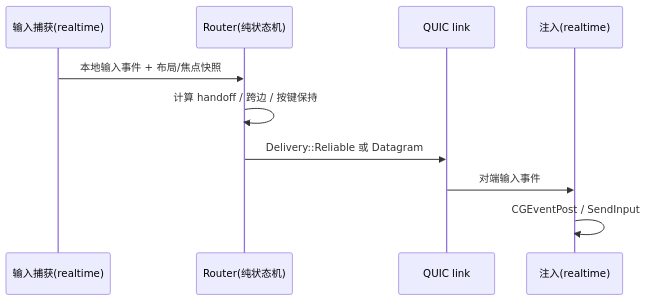
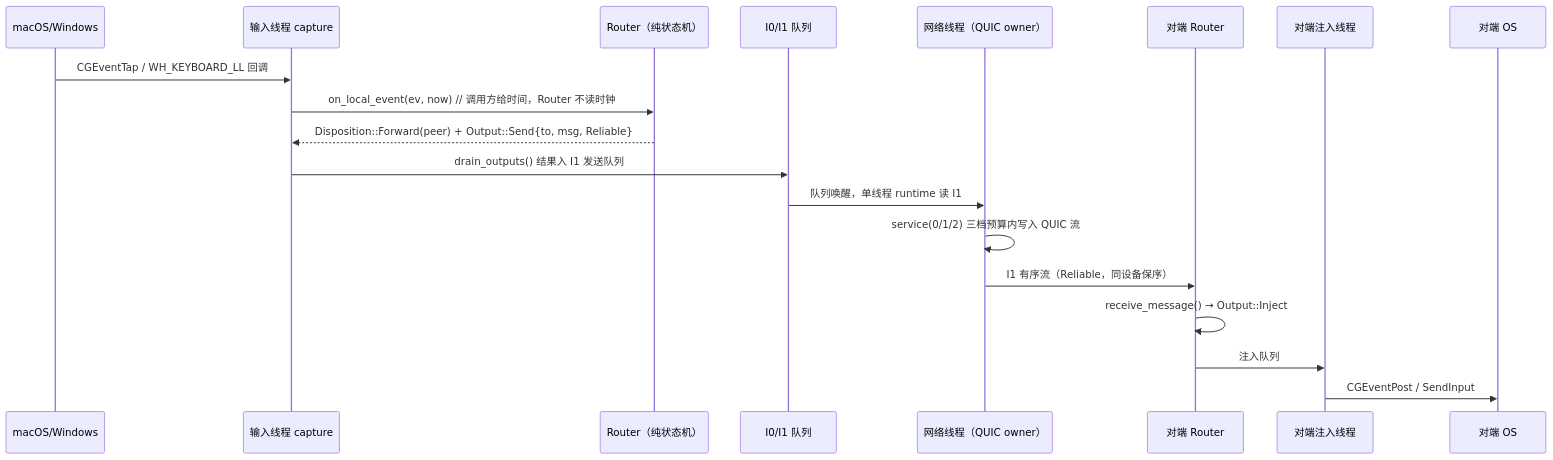
One commit to FlyForkFork/ForkYou changed the diagram in 01-systems/oink/02-architecture.md. Above: the diagram before and after it, drawn with Mermaid. The commit also changed other lines of this file and 16 other files, not shown here.

````diff
--- a/01-systems/oink/02-architecture.md
+++ b/01-systems/oink/02-architecture.md
@@ -75,12 +55,22 @@
 ```mermaid
 sequenceDiagram
-  participant Cap as 输入捕获(realtime)
-  participant R as Router(纯状态机)
-  participant N as QUIC link
-  participant Inj as 注入(realtime)
-  Cap->>R: 本地输入事件 + 布局/焦点快照
-  R->>R: 计算 handoff / 跨边 / 按键保持
-  R->>N: Delivery::Reliable 或 Datagram
-  N->>Inj: 对端输入事件
-  Inj->>Inj: CGEventPost / SendInput
+    participant OS as macOS/Windows
+    participant Cap as 输入线程 capture
+    participant R as Router（纯状态机）
+    participant Q as I0/I1 队列
+    participant Net as 网络线程（QUIC owner）
+    participant PeerR as 对端 Router
+    participant Inj as 对端注入线程
+    participant PeerOS as 对端 OS
+
+    OS->>Cap: CGEventTap / WH_KEYBOARD_LL 回调
+    Cap->>R: on_local_event(ev, now)  // 调用方给时间，Router 不读时钟
+    R-->>Cap: Disposition::Forward(peer) + Output::Send{to, msg, Reliable}
+    Cap->>Q: drain_outputs() 结果入 I1 发送队列
+    Q->>Net: 队列唤醒，单线程 runtime 读 I1
+    Net->>Net: service(0/1/2) 三档预算内写入 QUIC 流
+    Net->>PeerR: I1 有序流（Reliable，同设备保序）
+    PeerR->>PeerR: receive_message() → Output::Inject
+    PeerR->>Inj: 注入队列
+    Inj->>PeerOS: CGEventPost / SendInput
 ```
````
